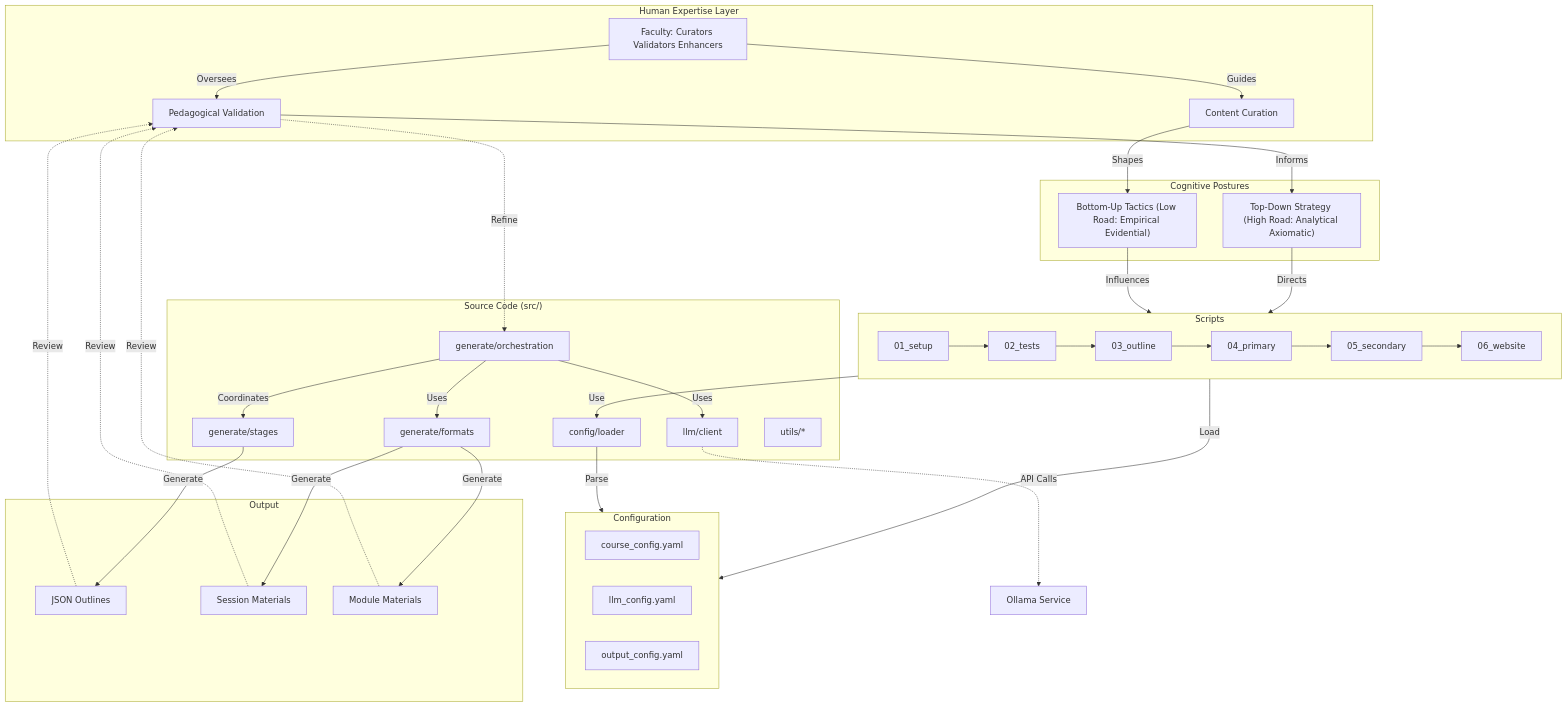
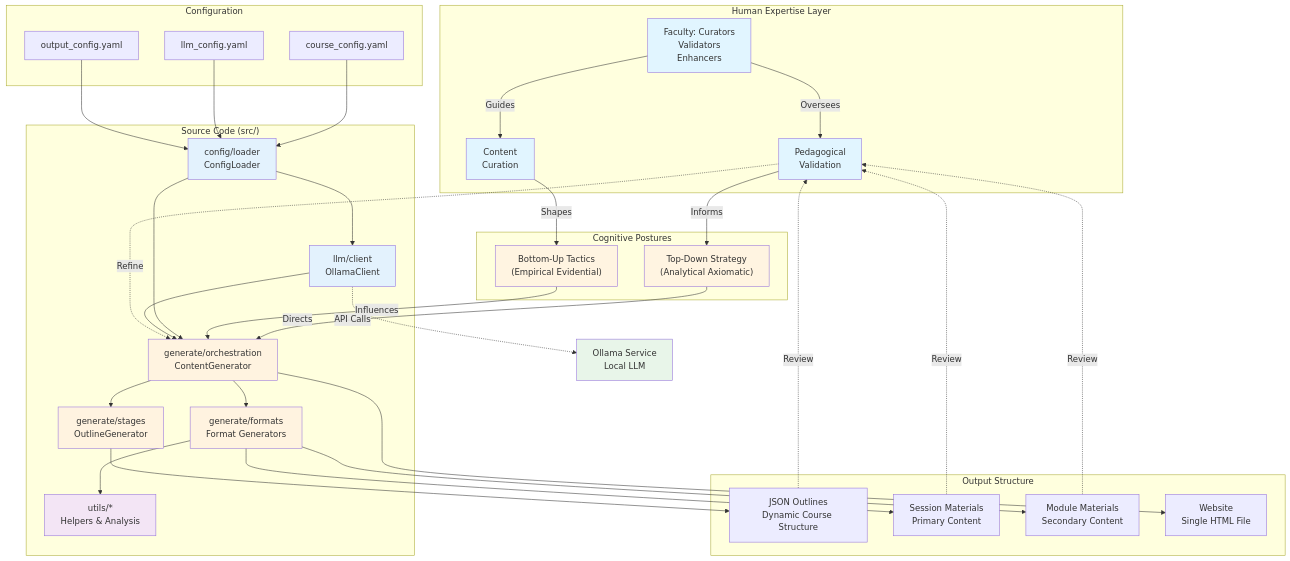
Before and after one commit to docxology/curriculum: the third of 3 diagrams in README.md, drawn with Mermaid. The commit also changed other lines of this file and 134 other files, not shown here.

````diff
--- a/README.md
+++ b/README.md
@@ -85,66 +140,79 @@
 ```mermaid
 graph TB
     subgraph "Human Expertise Layer"
-        Faculty[Faculty: Curators Validators Enhancers]
-        Validation[Pedagogical Validation]
-        Curation[Content Curation]
+        Faculty[Faculty: Curators<br/>Validators<br/>Enhancers]
+        Validation[Pedagogical<br/>Validation]
+        Curation[Content<br/>Curation]
     end
     
     subgraph "Cognitive Postures"
-        TopDown["Top-Down Strategy (High Road: Analytical Axiomatic)"]
-        BottomUp["Bottom-Up Tactics (Low Road: Empirical Evidential)"]
+        TopDown["Top-Down Strategy<br/>(Analytical Axiomatic)"]
+        BottomUp["Bottom-Up Tactics<br/>(Empirical Evidential)"]
     end
     
-    subgraph Scripts
-        S1[01_setup] --> S2[02_tests]
-        S2 --> S3[03_outline]
-        S3 --> S4[04_primary]
-        S4 --> S5[05_secondary]
-        S5 --> S6[06_website]
-    end
-    
-    subgraph Configuration
+    subgraph "Configuration"
         C1[course_config.yaml]
         C2[llm_config.yaml]
         C3[output_config.yaml]
     end
     
     subgraph "Source Code (src/)"
-        Config[config/loader]
-        LLM[llm/client]
-        Pipeline[generate/orchestration]
-        Stages[generate/stages]
-        Formats[generate/formats]
-        Utils[utils/*]
+        Config[config/loader<br/>ConfigLoader]
+        LLM[llm/client<br/>OllamaClient]
+        Pipeline[generate/orchestration<br/>ContentGenerator]
+        Stages[generate/stages<br/>OutlineGenerator]
+        Formats[generate/formats<br/>Format Generators]
+        Utils[utils/*<br/>Helpers & Analysis]
     end
     
-    subgraph Output
-        O1[JSON Outlines]
-        O2[Session Materials]
-        O3[Module Materials]
+    subgraph "Output Structure"
+        O1[JSON Outlines<br/>Dynamic Course Structure]
+        O2[Session Materials<br/>Primary Content]
+        O3[Module Materials<br/>Secondary Content]
+        O4[Website<br/>Single HTML File]
     end
     
     Faculty -->|Oversees| Validation
     Faculty -->|Guides| Curation
     Validation -->|Informs| TopDown
     Curation -->|Shapes| BottomUp
-    TopDown -->|Directs| Scripts
-    BottomUp -->|Influences| Scripts
     
-    Scripts -->|Load| Configuration
-    Scripts -->|Use| Config
-    Config -->|Parse| Configuration
-    Pipeline -->|Uses| LLM
-    Pipeline -->|Coordinates| Stages
-    Pipeline -->|Uses| Formats
-    Stages -->|Generate| O1
-    Formats -->|Generate| O2
-    Formats -->|Generate| O3
+    TopDown -->|Directs| Pipeline
+    BottomUp -->|Influences| Pipeline
+    
+    C1 --> Config
+    C2 --> Config
+    C3 --> Config
+    
+    Config --> LLM
+    Config --> Pipeline
+    LLM --> Pipeline
+    Pipeline --> Stages
+    Pipeline --> Formats
+    Formats --> Utils
+    
+    Stages --> O1
+    Formats --> O2
+    Formats --> O3
+    Pipeline --> O4
     
     O1 -.->|Review| Validation
     O2 -.->|Review| Validation
     O3 -.->|Review| Validation
     Validation -.->|Refine| Pipeline
     
-    LLM -.->|API Calls| Ollama[Ollama Service]
+    LLM -.->|API Calls| Ollama[Ollama Service<br/>Local LLM]
+    
+    style Faculty fill:#e1f5ff
+    style Validation fill:#e1f5ff
+    style Curation fill:#e1f5ff
+    style TopDown fill:#fff4e1
+    style BottomUp fill:#fff4e1
+    style Config fill:#e3f2fd
+    style LLM fill:#e3f2fd
+    style Pipeline fill:#fff3e0
+    style Stages fill:#fff3e0
+    style Formats fill:#fff3e0
+    style Utils fill:#f3e5f5
+    style Ollama fill:#e8f5e9
 ```
````
